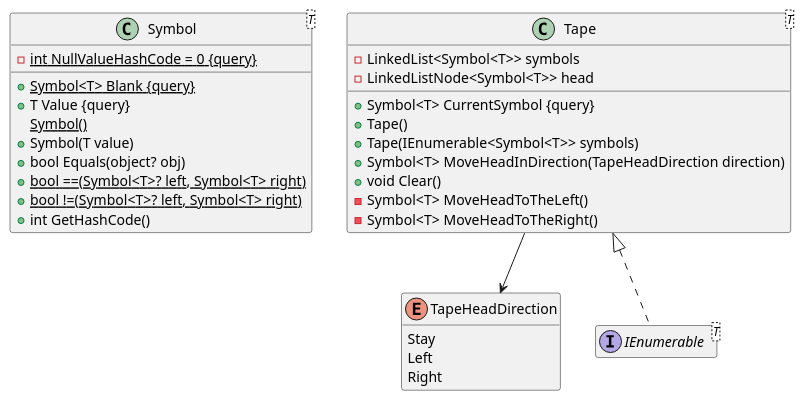
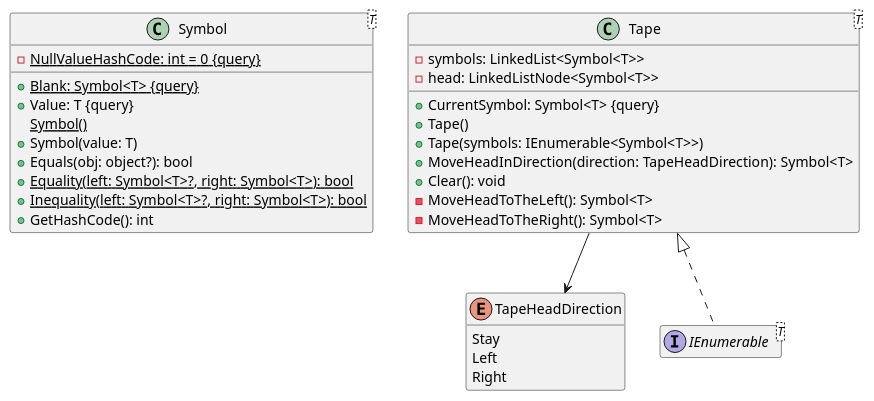
The diagram in doc/diagrams/class/classes.plantuml (bokrosf/TuringMachine), drawn with PlantUML before and after one commit.

Commit message:
Type names come after symbol names at classes diagram.

```diff
--- a/doc/diagrams/class/classes.plantuml
+++ b/doc/diagrams/class/classes.plantuml
@@ -1,40 +1,40 @@
 @startuml classes
 
 hide interface empty members
 hide enum empty members
 
 class Symbol<T> {
-    -{static} int NullValueHashCode = 0 {query}
-    +{method} {static} Symbol<T> Blank {query}
-    +{method} T Value {query}
+    -{static} NullValueHashCode: int = 0 {query}
+    +{method} {static} Blank: Symbol<T> {query}
+    +{method} Value: T {query}
     {static} Symbol()
-    +Symbol(T value)
-    +bool Equals(object? obj)
-    +{static} bool ==(Symbol<T>? left, Symbol<T> right)
-    +{static} bool !=(Symbol<T>? left, Symbol<T> right)
-    +int GetHashCode()
+    +Symbol(value: T)
+    +Equals(obj: object?): bool
+    +{static} Equality(left: Symbol<T>?, right: Symbol<T>): bool
+    +{static} Inequality(left: Symbol<T>?, right: Symbol<T>): bool
+    +GetHashCode(): int
 }
 
 enum TapeHeadDirection {
     Stay
     Left
     Right
 }
 
 class "Tape<T>" as Tape_T {
-    -LinkedList<Symbol<T>> symbols
-    -LinkedListNode<Symbol<T>> head
-    +{method} Symbol<T> CurrentSymbol {query}
+    -symbols: LinkedList<Symbol<T>>
+    -head: LinkedListNode<Symbol<T>>
+    +{method} CurrentSymbol: Symbol<T> {query}
     +Tape()
-    +Tape(IEnumerable<Symbol<T>> symbols)
-    +Symbol<T> MoveHeadInDirection(TapeHeadDirection direction)
-    +void Clear()
-    -Symbol<T> MoveHeadToTheLeft()
-    -Symbol<T> MoveHeadToTheRight()
+    +Tape(symbols: IEnumerable<Symbol<T>>)
+    +MoveHeadInDirection(direction: TapeHeadDirection): Symbol<T>
+    +Clear(): void
+    -MoveHeadToTheLeft(): Symbol<T>
+    -MoveHeadToTheRight(): Symbol<T>
 }
 
 interface "IEnumerable<T>" as IEnumerable_T
 Tape_T <|.. IEnumerable_T
 Tape_T --> TapeHeadDirection
 
 @enduml
```
